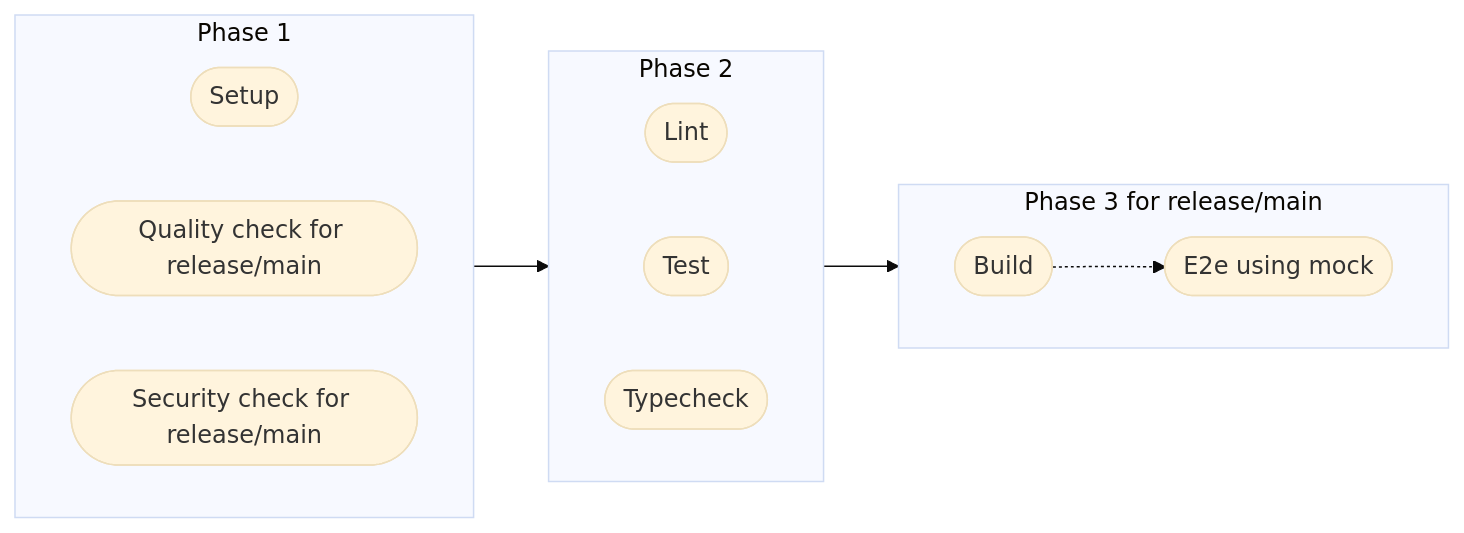
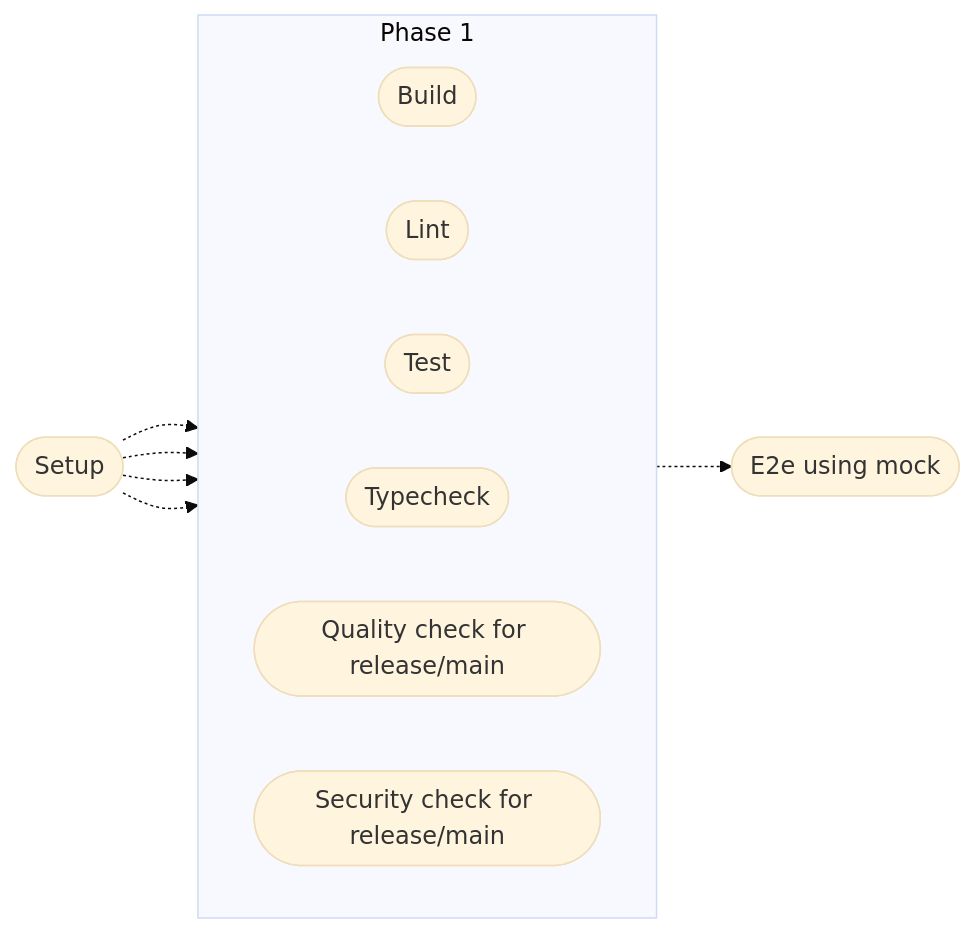
One commit to gnowth/gnowth changed the third of 12 diagrams in docs/pipeline.md. Above: the diagram before and after it, drawn with Mermaid (base theme). The commit also changed other lines of this file and 8 other files, not shown here.

````diff
--- a/docs/pipeline.md
+++ b/docs/pipeline.md
@@ -66,29 +66,20 @@
 ```mermaid
   flowchart LR
     BUILD([Build])
     E2EMOCK([E2e using mock])
+    SETUP([Setup])
 
     subgraph PHASE1[Phase 1]
-      direction RL
+      direction LR
 
-      SETUP([Setup])
+      BUILD
+      LINT([Lint])
+      TEST([Test])
+      TYPECHECK([Typecheck])
       QUALITY([Quality check for release/main])
       SECURITY([Security check for release/main])
     end
 
-    subgraph PHASE2[Phase 2]
-      direction RL
-
-      LINT([Lint])
-      TEST([Test])
-      TYPECHECK([Typecheck])
-    end
-
-    subgraph PHASE3[Phase 3 for release/main]
-      direction LR
-
-      BUILD -.-> E2EMOCK
-    end
-
-    PHASE1 --> PHASE2 --> PHASE3
+    BUILD -.-> E2EMOCK
+    SETUP -.-> BUILD & LINT & TEST & TYPECHECK
 ```
````
